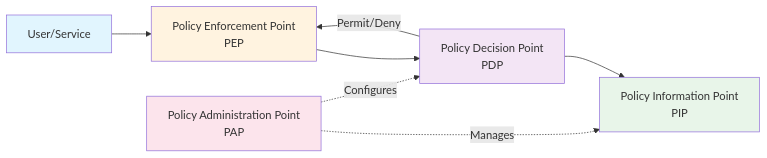
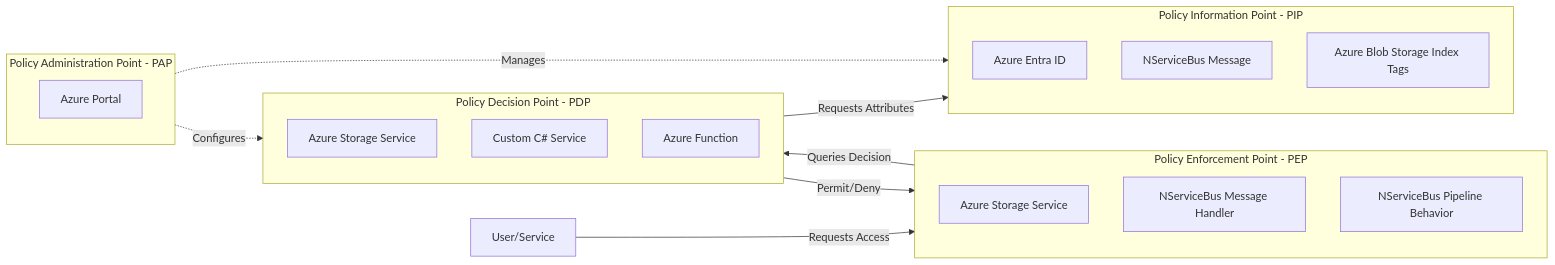
One commit to Particular/docs.particular.net changed the diagram in architecture/azure/azure-abac-auth.md. Above: the diagram before and after it, drawn with Mermaid. The commit also changed other lines of this file and 10 other files, not shown here.

Commit message:
Add diagrams, pictures, and code snipets

````diff
--- a/architecture/azure/azure-abac-auth.md
+++ b/architecture/azure/azure-abac-auth.md
@@ -20,15 +26,34 @@
 ```mermaid
-graph LR
-    User[User/Service] --> PEP[Policy Enforcement Point<br/>PEP]
-    PEP --> PDP[Policy Decision Point<br/>PDP]
-    PDP --> PIP[Policy Information Point<br/>PIP]
-    PAP[Policy Administration Point<br/>PAP] -.->|Manages| PIP
+flowchart LR
+    User["User/Service"] -->|Requests Access| PEP
+
+    subgraph PEP["Policy Enforcement Point - PEP"]
+        PEP1["Azure Storage Service"]
+        PEP2["NServiceBus Message Handler"]
+        PEP3["NServiceBus Pipeline Behavior"]
+    end
+
+    PEP -->|Queries Decision| PDP
+
+    subgraph PDP["Policy Decision Point - PDP"]
+        PDP1["Azure Storage Service"]
+        PDP2["Custom C# Service"]
+        PDP3["Azure Function"]
+    end
+
+    PDP -->|Requests Attributes| PIP
+
+    subgraph PIP["Policy Information Point - PIP"]
+        PIP1["Azure Entra ID"]
+        PIP2["NServiceBus Message"]
+        PIP3["Azure Blob Storage Index Tags"]
+    end
+
+    subgraph PAP["Policy Administration Point - PAP"]
+        PAP1["Azure Portal"]
+    end
+    
+    PAP -.->|Manages| PIP
     PAP -.->|Configures| PDP
     PDP -->|Permit/Deny| PEP
-    
-    style User fill:#e1f5fe
-    style PEP fill:#fff3e0
-    style PDP fill:#f3e5f5
-    style PIP fill:#e8f5e9
-    style PAP fill:#fce4ec
 ```
````
